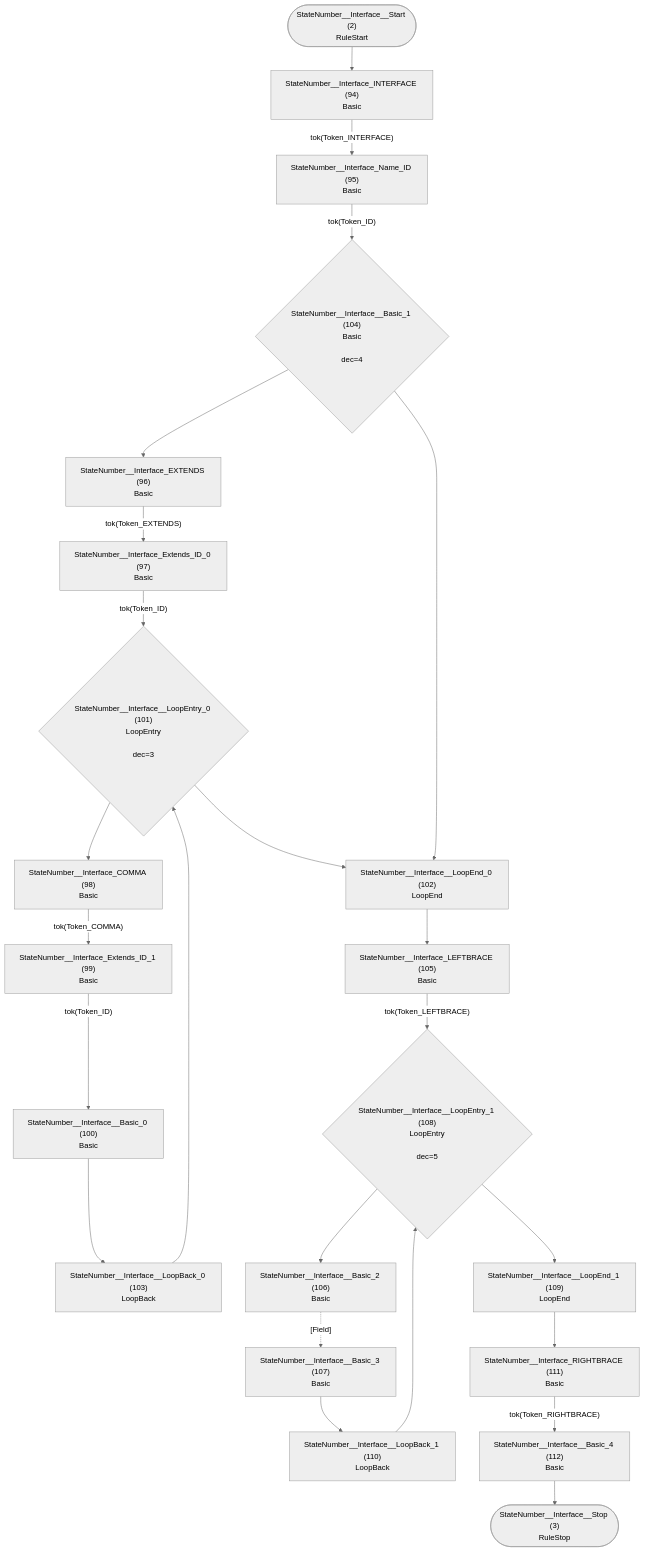
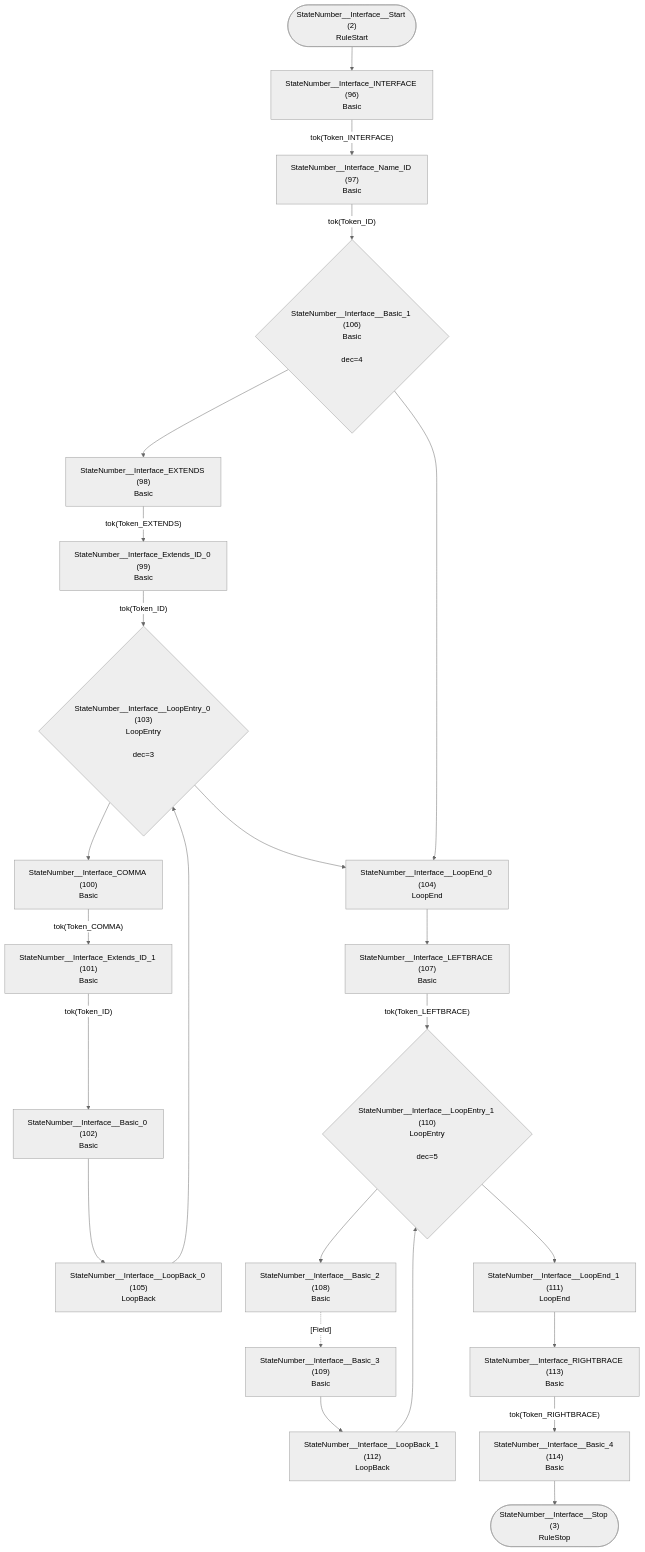
One commit to TypeFox/fastbelt changed the second of 37 diagrams in internal/grammar/atn.md. Above: the diagram before and after it, drawn with Mermaid (neutral theme). The commit also changed other lines of this file and 10 other files, not shown here.

````diff
--- a/internal/grammar/atn.md
+++ b/internal/grammar/atn.md
@@ -66,48 +66,48 @@
 ```mermaid
 flowchart TD
     q2(["StateNumber__Interface__Start (2)<br/>RuleStart"])
     q3(["StateNumber__Interface__Stop (3)<br/>RuleStop"])
-    q94["StateNumber__Interface_INTERFACE (94)<br/>Basic<br/>"]
-    q95["StateNumber__Interface_Name_ID (95)<br/>Basic<br/>"]
-    q96["StateNumber__Interface_EXTENDS (96)<br/>Basic<br/>"]
-    q97["StateNumber__Interface_Extends_ID_0 (97)<br/>Basic<br/>"]
-    q98["StateNumber__Interface_COMMA (98)<br/>Basic<br/>"]
-    q99["StateNumber__Interface_Extends_ID_1 (99)<br/>Basic<br/>"]
-    q100["StateNumber__Interface__Basic_0 (100)<br/>Basic<br/>"]
-    q101{"StateNumber__Interface__LoopEntry_0 (101)<br/>LoopEntry<br/><br/>dec=3"}
-    q102["StateNumber__Interface__LoopEnd_0 (102)<br/>LoopEnd<br/>"]
-    q103["StateNumber__Interface__LoopBack_0 (103)<br/>LoopBack<br/>"]
-    q104{"StateNumber__Interface__Basic_1 (104)<br/>Basic<br/><br/>dec=4"}
-    q105["StateNumber__Interface_LEFTBRACE (105)<br/>Basic<br/>"]
-    q106["StateNumber__Interface__Basic_2 (106)<br/>Basic<br/>"]
-    q107["StateNumber__Interface__Basic_3 (107)<br/>Basic<br/>"]
-    q108{"StateNumber__Interface__LoopEntry_1 (108)<br/>LoopEntry<br/><br/>dec=5"}
-    q109["StateNumber__Interface__LoopEnd_1 (109)<br/>LoopEnd<br/>"]
-    q110["StateNumber__Interface__LoopBack_1 (110)<br/>LoopBack<br/>"]
-    q111["StateNumber__Interface_RIGHTBRACE (111)<br/>Basic<br/>"]
-    q112["StateNumber__Interface__Basic_4 (112)<br/>Basic<br/>"]
+    q96["StateNumber__Interface_INTERFACE (96)<br/>Basic<br/>"]
+    q97["StateNumber__Interface_Name_ID (97)<br/>Basic<br/>"]
+    q98["StateNumber__Interface_EXTENDS (98)<br/>Basic<br/>"]
+    q99["StateNumber__Interface_Extends_ID_0 (99)<br/>Basic<br/>"]
+    q100["StateNumber__Interface_COMMA (100)<br/>Basic<br/>"]
+    q101["StateNumber__Interface_Extends_ID_1 (101)<br/>Basic<br/>"]
+    q102["StateNumber__Interface__Basic_0 (102)<br/>Basic<br/>"]
+    q103{"StateNumber__Interface__LoopEntry_0 (103)<br/>LoopEntry<br/><br/>dec=3"}
+    q104["StateNumber__Interface__LoopEnd_0 (104)<br/>LoopEnd<br/>"]
+    q105["StateNumber__Interface__LoopBack_0 (105)<br/>LoopBack<br/>"]
+    q106{"StateNumber__Interface__Basic_1 (106)<br/>Basic<br/><br/>dec=4"}
+    q107["StateNumber__Interface_LEFTBRACE (107)<br/>Basic<br/>"]
+    q108["StateNumber__Interface__Basic_2 (108)<br/>Basic<br/>"]
+    q109["StateNumber__Interface__Basic_3 (109)<br/>Basic<br/>"]
+    q110{"StateNumber__Interface__LoopEntry_1 (110)<br/>LoopEntry<br/><br/>dec=5"}
+    q111["StateNumber__Interface__LoopEnd_1 (111)<br/>LoopEnd<br/>"]
+    q112["StateNumber__Interface__LoopBack_1 (112)<br/>LoopBack<br/>"]
+    q113["StateNumber__Interface_RIGHTBRACE (113)<br/>Basic<br/>"]
+    q114["StateNumber__Interface__Basic_4 (114)<br/>Basic<br/>"]
 
-    q2 --> q94
-    q94 -->|"tok(Token_INTERFACE)"| q95
-    q95 -->|"tok(Token_ID)"| q104
-    q96 -->|"tok(Token_EXTENDS)"| q97
-    q97 -->|"tok(Token_ID)"| q101
-    q98 -->|"tok(Token_COMMA)"| q99
-    q99 -->|"tok(Token_ID)"| q100
-    q100 --> q103
-    q101 --> q98
-    q101 --> q102
+    q2 --> q96
+    q96 -->|"tok(Token_INTERFACE)"| q97
+    q97 -->|"tok(Token_ID)"| q106
+    q98 -->|"tok(Token_EXTENDS)"| q99
+    q99 -->|"tok(Token_ID)"| q103
+    q100 -->|"tok(Token_COMMA)"| q101
+    q101 -->|"tok(Token_ID)"| q102
     q102 --> q105
-    q103 --> q101
-    q104 --> q96
-    q104 --> q102
-    q105 -->|"tok(Token_LEFTBRACE)"| q108
-    q106 -.->|"[Field]"| q107
-    q107 --> q110
-    q108 --> q106
-    q108 --> q109
-    q109 --> q111
+    q103 --> q100
+    q103 --> q104
+    q104 --> q107
+    q105 --> q103
+    q106 --> q98
+    q106 --> q104
+    q107 -->|"tok(Token_LEFTBRACE)"| q110
+    q108 -.->|"[Field]"| q109
+    q109 --> q112
     q110 --> q108
-    q111 -->|"tok(Token_RIGHTBRACE)"| q112
-    q112 --> q3
+    q110 --> q111
+    q111 --> q113
+    q112 --> q110
+    q113 -->|"tok(Token_RIGHTBRACE)"| q114
+    q114 --> q3
 ```
````
